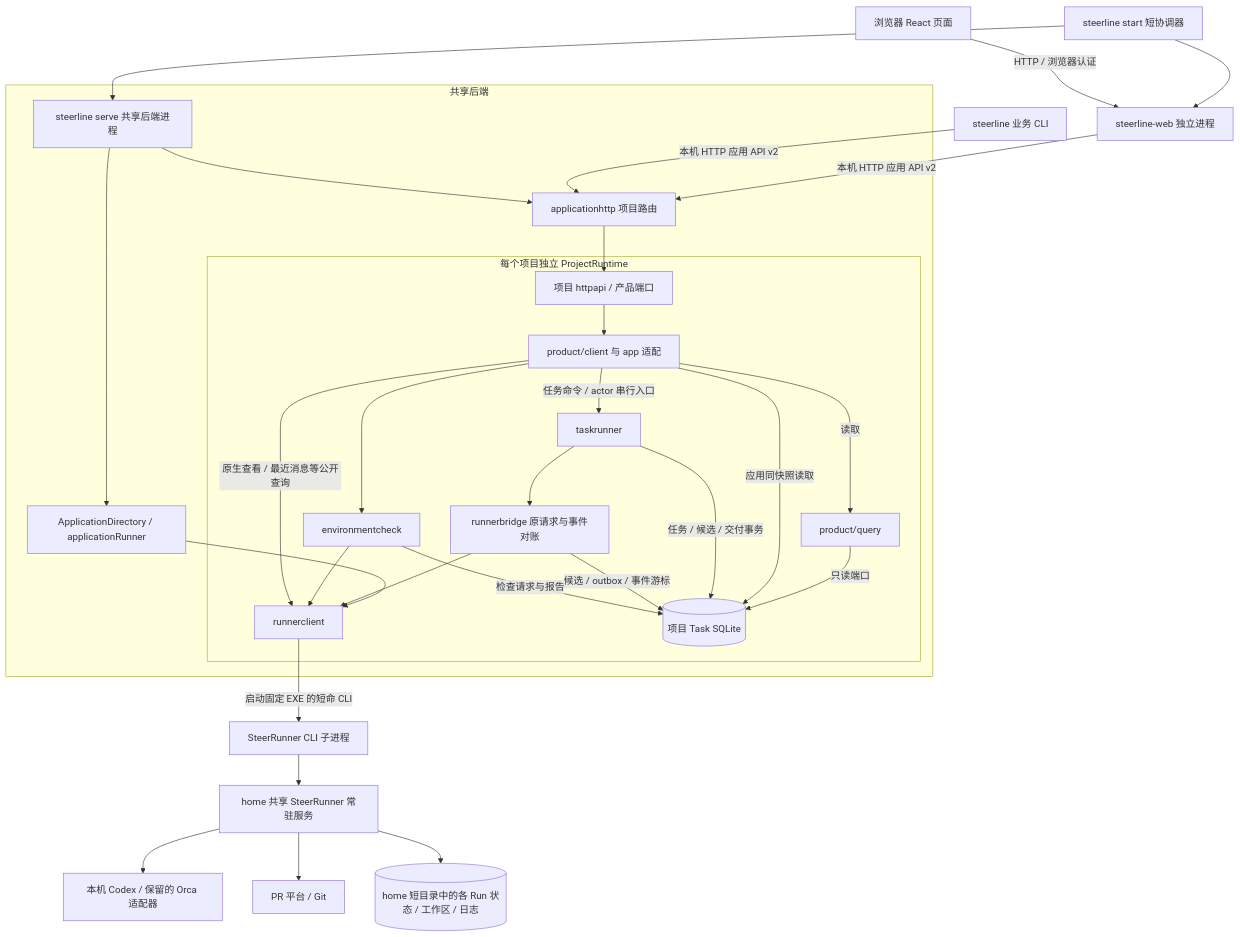
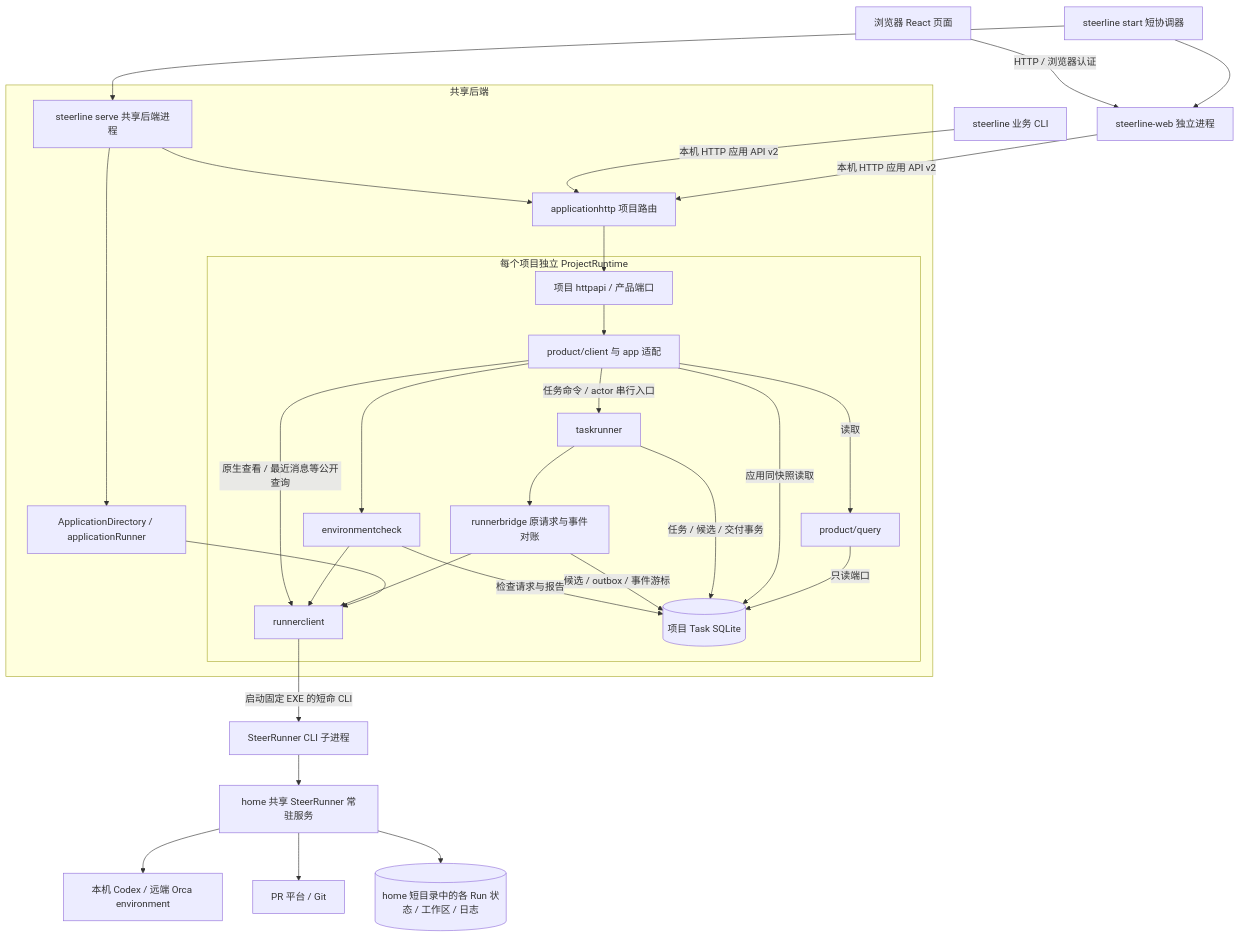
Before and after one commit to erranliu/SteerLine: the first of 3 diagrams in docs/architecture/current-code-architecture.md, drawn with Mermaid. The commit also changed other lines of this file and 100 other files, not shown here.

````diff
--- a/docs/architecture/current-code-architecture.md
+++ b/docs/architecture/current-code-architecture.md
@@ -13,34 +13,34 @@
 ```mermaid
 flowchart TB
     Start[steerline start 短协调器] --> Web[steerline-web 独立进程]
     Start --> Serve[steerline serve 共享后端进程]
     Browser[浏览器 React 页面] -->|HTTP / 浏览器认证| Web
     Web -->|本机 HTTP 应用 API v2| Router
     CLI[steerline 业务 CLI] -->|本机 HTTP 应用 API v2| Router
     subgraph Backend[共享后端]
         Serve --> Owner[ApplicationDirectory / applicationRunner]
         Owner --> RC
         Serve --> Router[applicationhttp 项目路由]
         Router --> Port[项目 httpapi / 产品端口]
         subgraph Project[每个项目独立 ProjectRuntime]
             Port --> Product[product/client 与 app 适配]
             Product -->|读取| Query[product/query]
             Query -->|只读端口| DB[(项目 Task SQLite)]
             Product -->|应用同快照读取| DB
             Product -->|任务命令 / actor 串行入口| Actor[taskrunner]
             Actor -->|任务 / 候选 / 交付事务| DB
             Actor --> Bridge[runnerbridge 原请求与事件对账]
             Bridge -->|候选 / outbox / 事件游标| DB
             Product --> Check[environmentcheck]
             Check -->|检查请求与报告| DB
             Bridge --> RC[runnerclient]
             Check --> RC
             Product -->|原生查看 / 最近消息等公开查询| RC
         end
     end
     RC -->|启动固定 EXE 的短命 CLI| RunnerCLI[SteerRunner CLI 子进程]
     RunnerCLI --> Runner[home 共享 SteerRunner 常驻服务]
-    Runner --> Native[本机 Codex / 保留的 Orca 适配器]
+    Runner --> Native[本机 Codex / 远端 Orca environment]
     Runner --> PR[PR 平台 / Git]
     Runner --> RunnerState[(home 短目录中的各 Run 状态 / 工作区 / 日志)]
 ```
````
